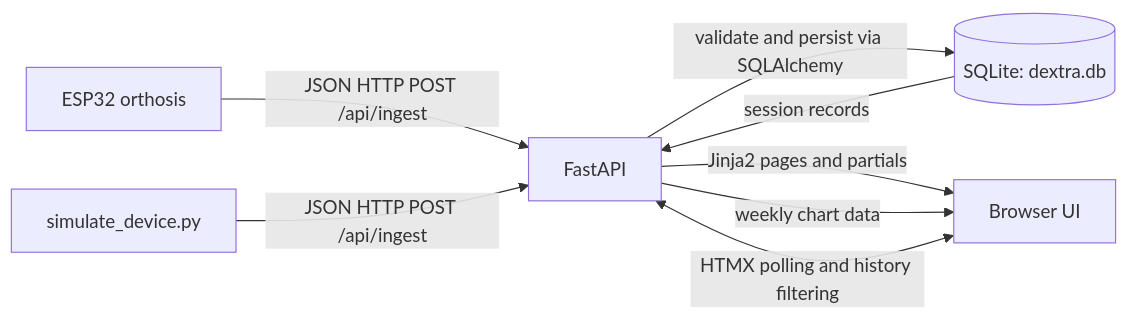
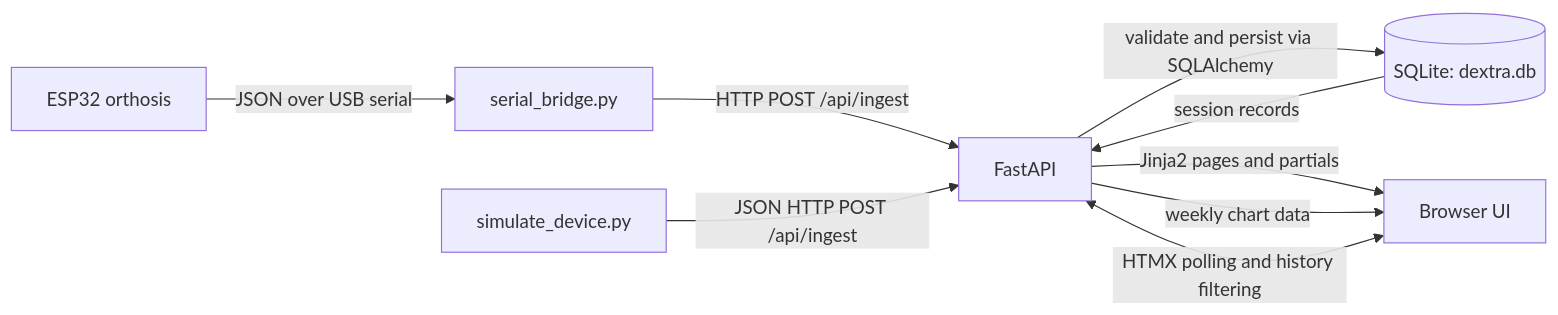
One commit to bh4rgavnune/Dextra changed the diagram in README.md. Above: the diagram before and after it, drawn with Mermaid. The commit also changed other lines of this file and 6 other files, not shown here.

````diff
--- a/README.md
+++ b/README.md
@@ -9,10 +9,11 @@
 ```mermaid
 flowchart LR
-    Device[ESP32 orthosis] -->|JSON HTTP POST /api/ingest| API[FastAPI]
+    Device[ESP32 orthosis] -->|JSON over USB serial| Bridge[serial_bridge.py]
+    Bridge -->|HTTP POST /api/ingest| API[FastAPI]
     Simulator[simulate_device.py] -->|JSON HTTP POST /api/ingest| API
     API -->|validate and persist via SQLAlchemy| DB[(SQLite: dextra.db)]
     DB -->|session records| API
     API -->|Jinja2 pages and partials| Browser[Browser UI]
     Browser <-->|HTMX polling and history filtering| API
     API -->|weekly chart data| Browser
 ```
````
